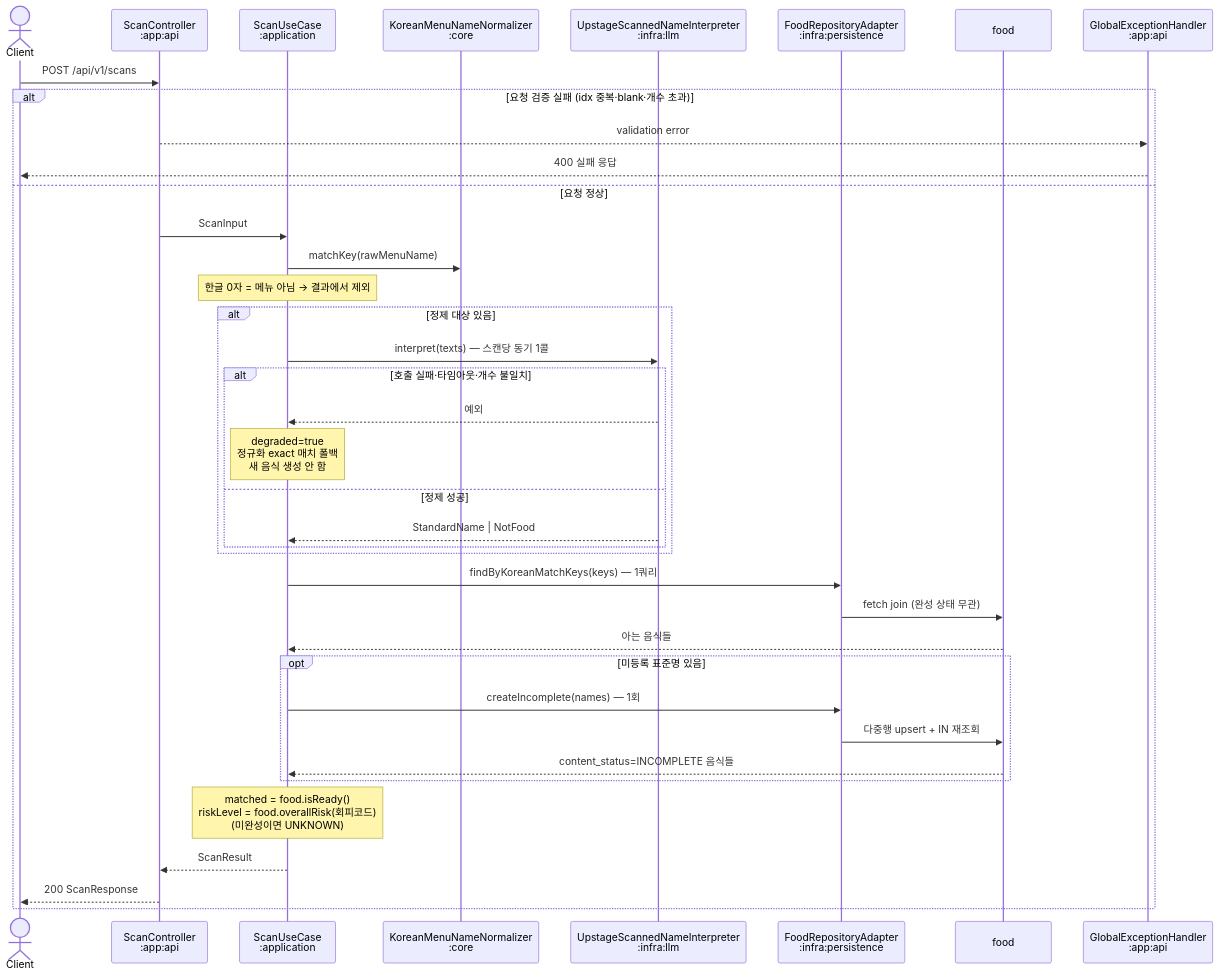
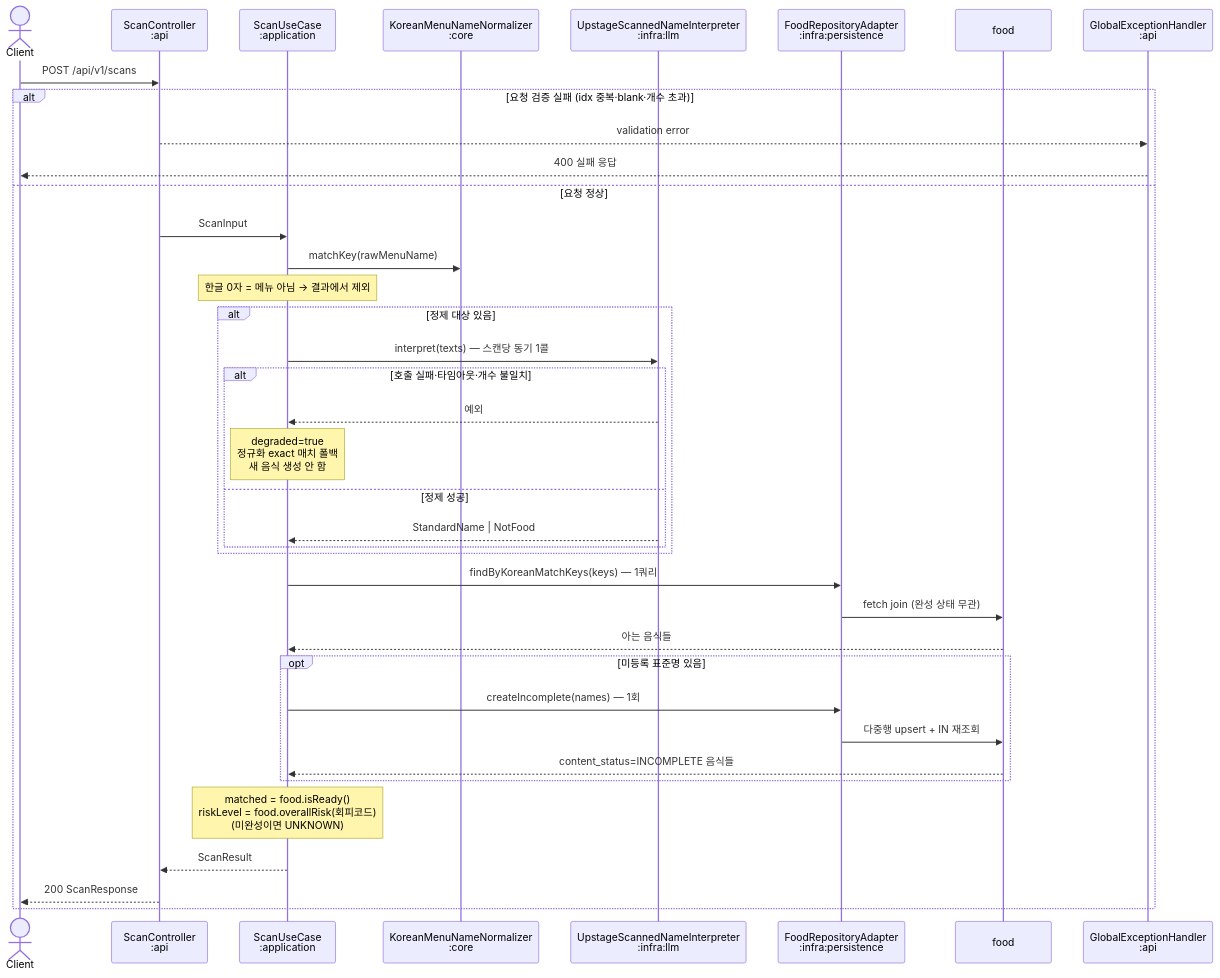
The third of 3 diagrams in docs/architecture/api-request-flows.md (team-skyjs/kbap-server), drawn with Mermaid before and after one commit. The commit also changed other lines of this file and 347 other files, not shown here.

First line of the commit message:
refactor(module): app 껍데기 컨테이너 제거 — :api·:batch 루트 승격, 패키지 com.kbap.{api,batch} 통일

````diff
--- a/docs/architecture/api-request-flows.md
+++ b/docs/architecture/api-request-flows.md
@@ -106,45 +106,45 @@
 ```mermaid
 sequenceDiagram
     actor Client
-    participant Controller as ScanController<br/>:app:api
+    participant Controller as ScanController<br/>:api
     participant UseCase as ScanUseCase<br/>:application
     participant Kernel as KoreanMenuNameNormalizer<br/>:core
     participant Llm as UpstageScannedNameInterpreter<br/>:infra:llm
     participant Persistence as FoodRepositoryAdapter<br/>:infra:persistence
     participant DB as food
-    participant Error as GlobalExceptionHandler<br/>:app:api
+    participant Error as GlobalExceptionHandler<br/>:api
 
     Client->>Controller: POST /api/v1/scans
     alt 요청 검증 실패 (idx 중복·blank·개수 초과)
         Controller-->>Error: validation error
         Error-->>Client: 400 실패 응답
     else 요청 정상
         Controller->>UseCase: ScanInput
         UseCase->>Kernel: matchKey(rawMenuName)
         Note over UseCase: 한글 0자 = 메뉴 아님 → 결과에서 제외
 
         alt 정제 대상 있음
             UseCase->>Llm: interpret(texts) — 스캔당 동기 1콜
             alt 호출 실패·타임아웃·개수 불일치
                 Llm-->>UseCase: 예외
                 Note over UseCase: degraded=true<br/>정규화 exact 매치 폴백<br/>새 음식 생성 안 함
             else 정제 성공
                 Llm-->>UseCase: StandardName | NotFood
             end
         end
 
         UseCase->>Persistence: findByKoreanMatchKeys(keys) — 1쿼리
         Persistence->>DB: fetch join (완성 상태 무관)
         DB-->>UseCase: 아는 음식들
 
         opt 미등록 표준명 있음
             UseCase->>Persistence: createIncomplete(names) — 1회
             Persistence->>DB: 다중행 upsert + IN 재조회
             DB-->>UseCase: content_status=INCOMPLETE 음식들
         end
 
         Note over UseCase: matched = food.isReady()<br/>riskLevel = food.overallRisk(회피코드)<br/>(미완성이면 UNKNOWN)
         UseCase-->>Controller: ScanResult
         Controller-->>Client: 200 ScanResponse
     end
 ```
````
